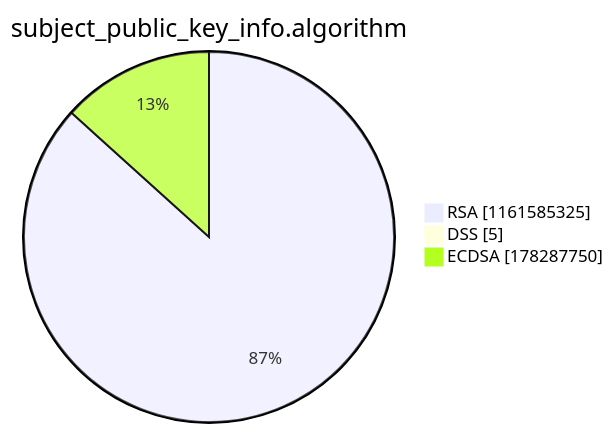
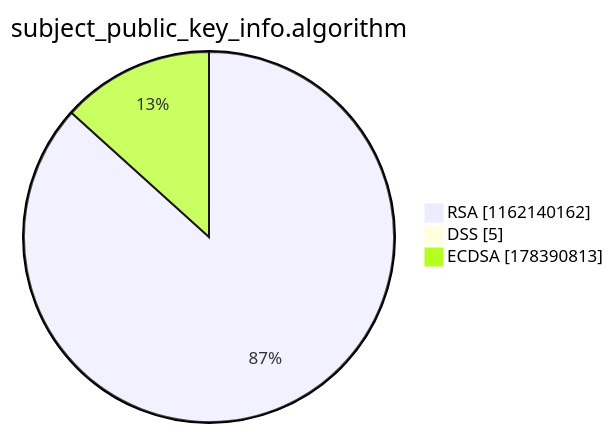
One commit to christiankrug/ctmonitor_visualization changed the third of 15 diagrams in argon2022/README.md. Above: the diagram before and after it, drawn with Mermaid. The commit also changed other lines of this file, not shown here.

````diff
--- a/argon2022/README.md
+++ b/argon2022/README.md
@@ -14,7 +14,7 @@
 ```mermaid
 pie showData
 title subject_public_key_info.algorithm
-"RSA" :1161585325
+"RSA" :1162140162
 "DSS" :5
-"ECDSA" :178287750
+"ECDSA" :178390813
 ```
````
